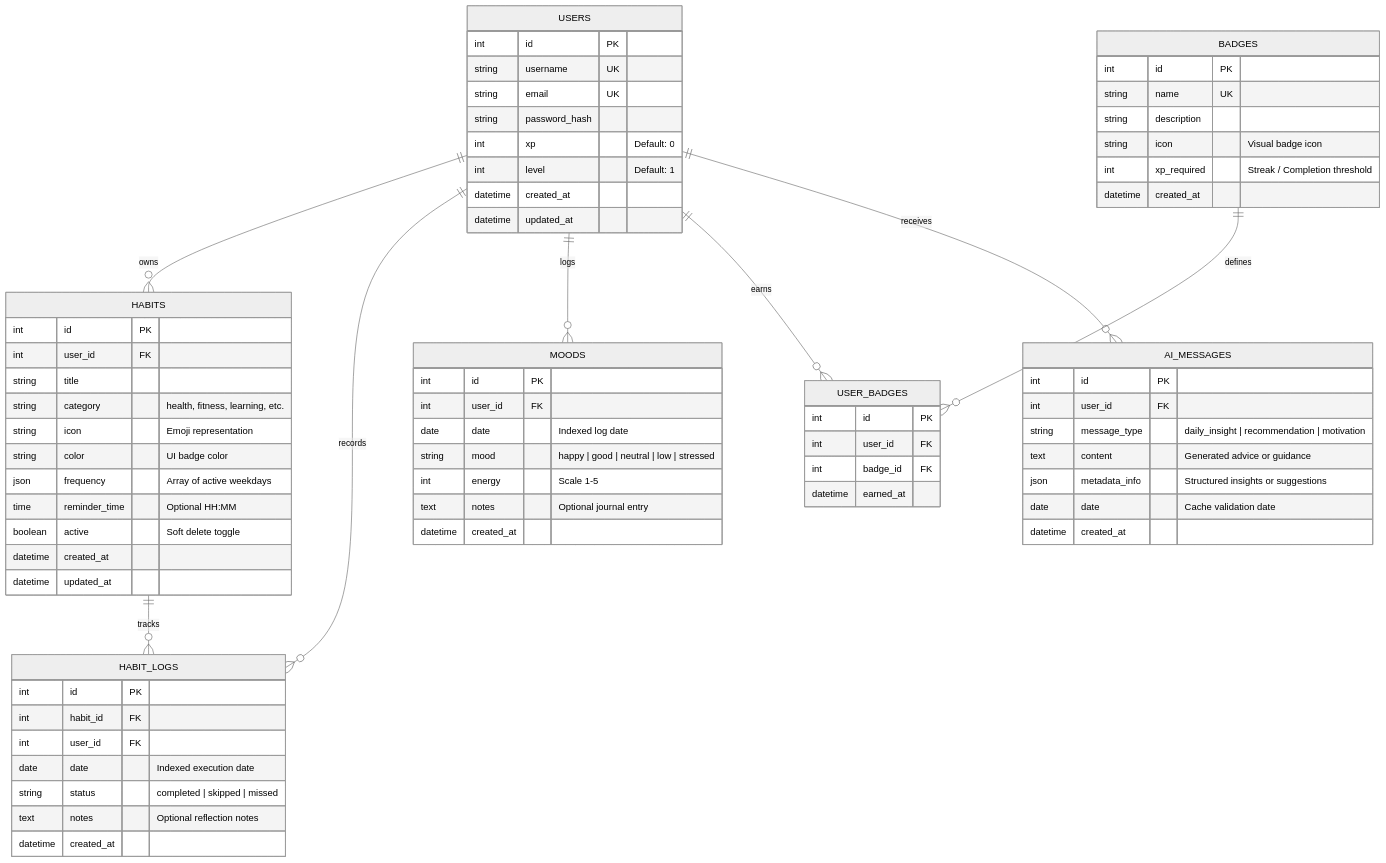
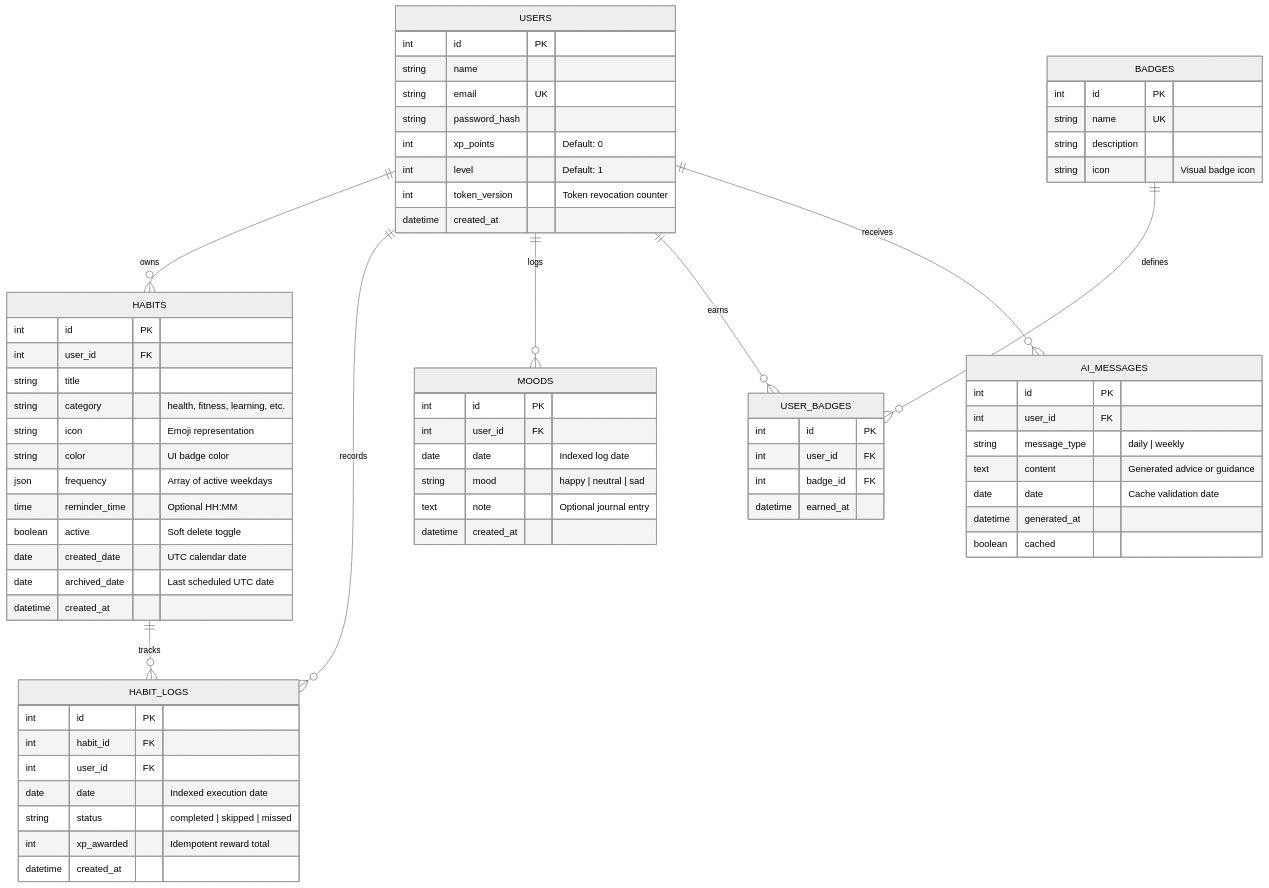
One commit to KerberoSec/Sanyam_Hackathon_2nd_Rank changed the third of 10 diagrams in README.md. Above: the diagram before and after it, drawn with Mermaid (neutral theme). The commit also changed other lines of this file and 33 other files, not shown here.

````diff
--- a/README.md
+++ b/README.md
@@ -154,81 +154,79 @@
 ```mermaid
 erDiagram
     USERS ||--o{ HABITS : "owns"
     USERS ||--o{ HABIT_LOGS : "records"
     USERS ||--o{ MOODS : "logs"
     USERS ||--o{ USER_BADGES : "earns"
     USERS ||--o{ AI_MESSAGES : "receives"
     HABITS ||--o{ HABIT_LOGS : "tracks"
     BADGES ||--o{ USER_BADGES : "defines"
 
     USERS {
         int id PK
-        string username UK
+        string name
         string email UK
         string password_hash
-        int xp "Default: 0"
+        int xp_points "Default: 0"
         int level "Default: 1"
+        int token_version "Token revocation counter"
         datetime created_at
-        datetime updated_at
     }
 
     HABITS {
         int id PK
         int user_id FK
         string title
         string category "health, fitness, learning, etc."
         string icon "Emoji representation"
         string color "UI badge color"
         json frequency "Array of active weekdays"
         time reminder_time "Optional HH:MM"
         boolean active "Soft delete toggle"
+        date created_date "UTC calendar date"
+        date archived_date "Last scheduled UTC date"
         datetime created_at
-        datetime updated_at
     }
 
     HABIT_LOGS {
         int id PK
         int habit_id FK
         int user_id FK
         date date "Indexed execution date"
         string status "completed | skipped | missed"
-        text notes "Optional reflection notes"
+        int xp_awarded "Idempotent reward total"
         datetime created_at
     }
 
     MOODS {
         int id PK
         int user_id FK
         date date "Indexed log date"
-        string mood "happy | good | neutral | low | stressed"
-        int energy "Scale 1-5"
-        text notes "Optional journal entry"
+        string mood "happy | neutral | sad"
+        text note "Optional journal entry"
         datetime created_at
     }
 
     BADGES {
         int id PK
         string name UK
         string description
         string icon "Visual badge icon"
-        int xp_required "Streak / Completion threshold"
-        datetime created_at
     }
 
     USER_BADGES {
         int id PK
         int user_id FK
         int badge_id FK
         datetime earned_at
     }
 
     AI_MESSAGES {
         int id PK
         int user_id FK
-        string message_type "daily_insight | recommendation | motivation"
+        string message_type "daily | weekly"
         text content "Generated advice or guidance"
-        json metadata_info "Structured insights or suggestions"
         date date "Cache validation date"
-        datetime created_at
+        datetime generated_at
+        boolean cached
     }
 ```
````
